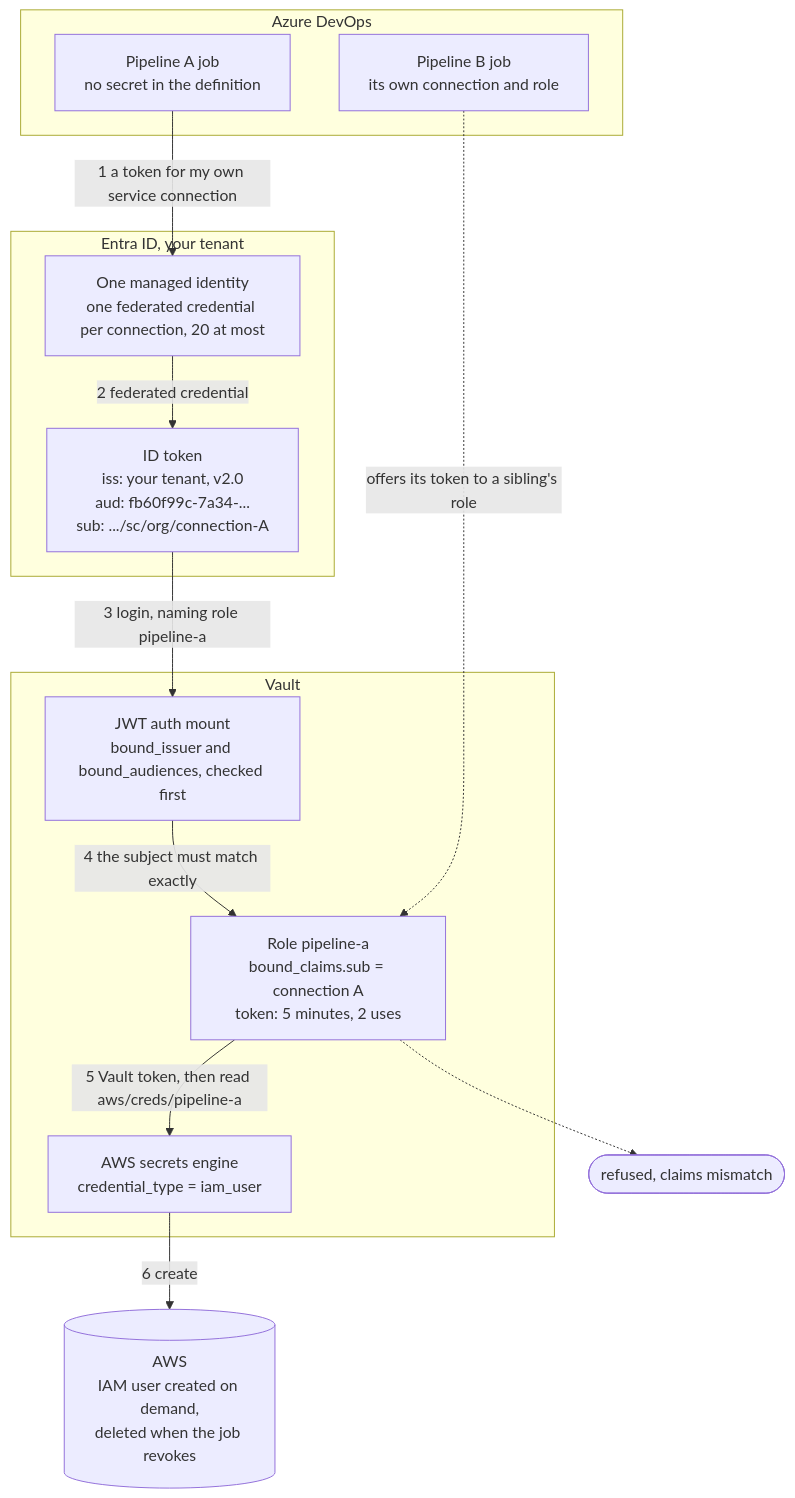
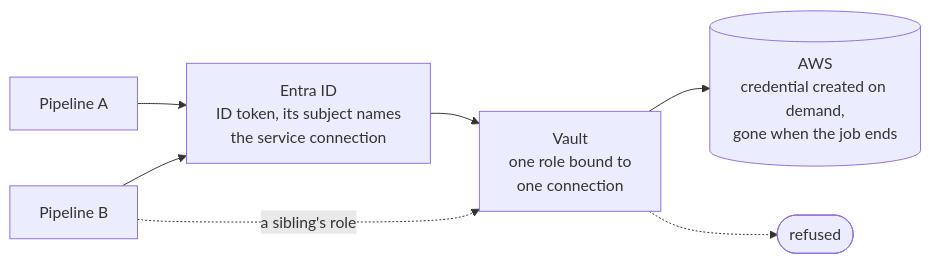
Before and after one commit to DarthVaderRC/azdo-oidc-vault: the first of 2 diagrams in README.md, drawn with Mermaid.

Commit message:
Make the first README diagram a high-level block diagram
The detailed version was eight nodes tall and carried claim values,
lifetimes and numbered steps that the sequence diagram below it already
covers. Five boxes, one line left to right, and the refusal branch.

````diff
--- a/README.md
+++ b/README.md
@@ -32,30 +32,14 @@
 ```mermaid
-flowchart TD
-  subgraph ado["Azure DevOps"]
-    A["Pipeline A job<br/>no secret in the definition"]
-    B["Pipeline B job<br/>its own connection and role"]
-  end
+flowchart LR
+  A["Pipeline A"]
+  B["Pipeline B"]
+  E["Entra ID<br/>ID token, its subject names<br/>the service connection"]
+  V["Vault<br/>one role bound to<br/>one connection"]
+  W[("AWS<br/>credential created on demand,<br/>gone when the job ends")]
+  NO(["refused"])
 
-  subgraph entra["Entra ID, your tenant"]
-    MI["One managed identity<br/>one federated credential per connection, 20 at most"]
-    T["ID token<br/>iss: your tenant, v2.0<br/>aud: fb60f99c-7a34-...<br/>sub: .../sc/org/connection-A"]
-  end
-
-  subgraph vlt["Vault"]
-    JWT["JWT auth mount<br/>bound_issuer and bound_audiences, checked first"]
-    RA["Role pipeline-a<br/>bound_claims.sub = connection A<br/>token: 5 minutes, 2 uses"]
-    ENG["AWS secrets engine<br/>credential_type = iam_user"]
-  end
-
-  W[("AWS<br/>IAM user created on demand,<br/>deleted when the job revokes")]
-  NO(["refused, claims mismatch"])
-
-  A -->|"1 a token for my own service connection"| MI
-  MI -->|"2 federated credential"| T
-  T -->|"3 login, naming role pipeline-a"| JWT
-  JWT -->|"4 the subject must match exactly"| RA
-  RA -->|"5 Vault token, then read aws/creds/pipeline-a"| ENG
-  ENG -->|"6 create"| W
-  B -.->|"offers its token to a sibling's role"| RA
-  RA -.-> NO
+  A --> E --> V --> W
+  B --> E
+  B -.->|"a sibling's role"| V
+  V -.-> NO
 ```
````
